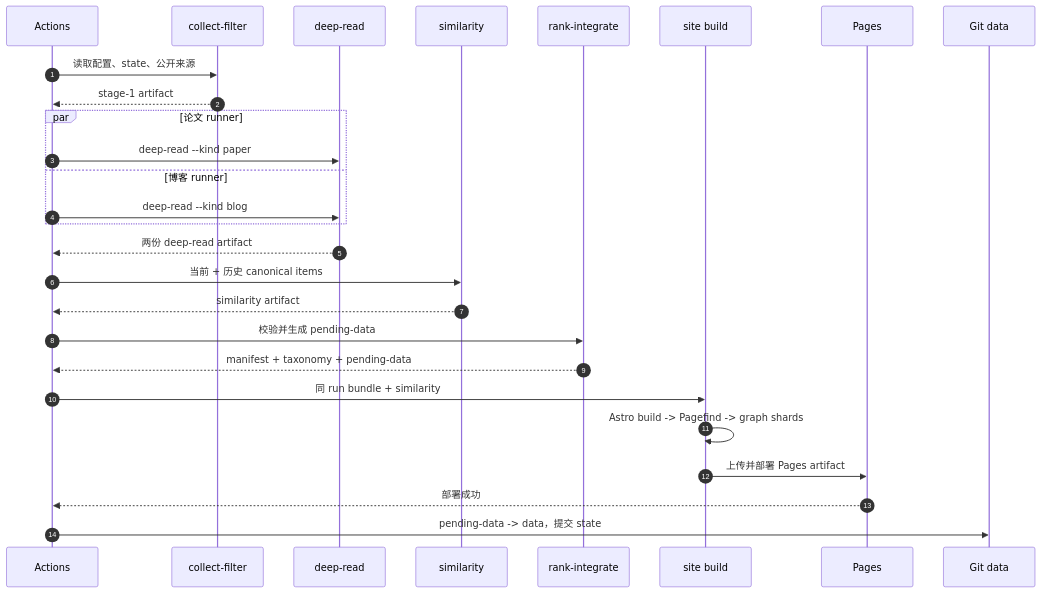
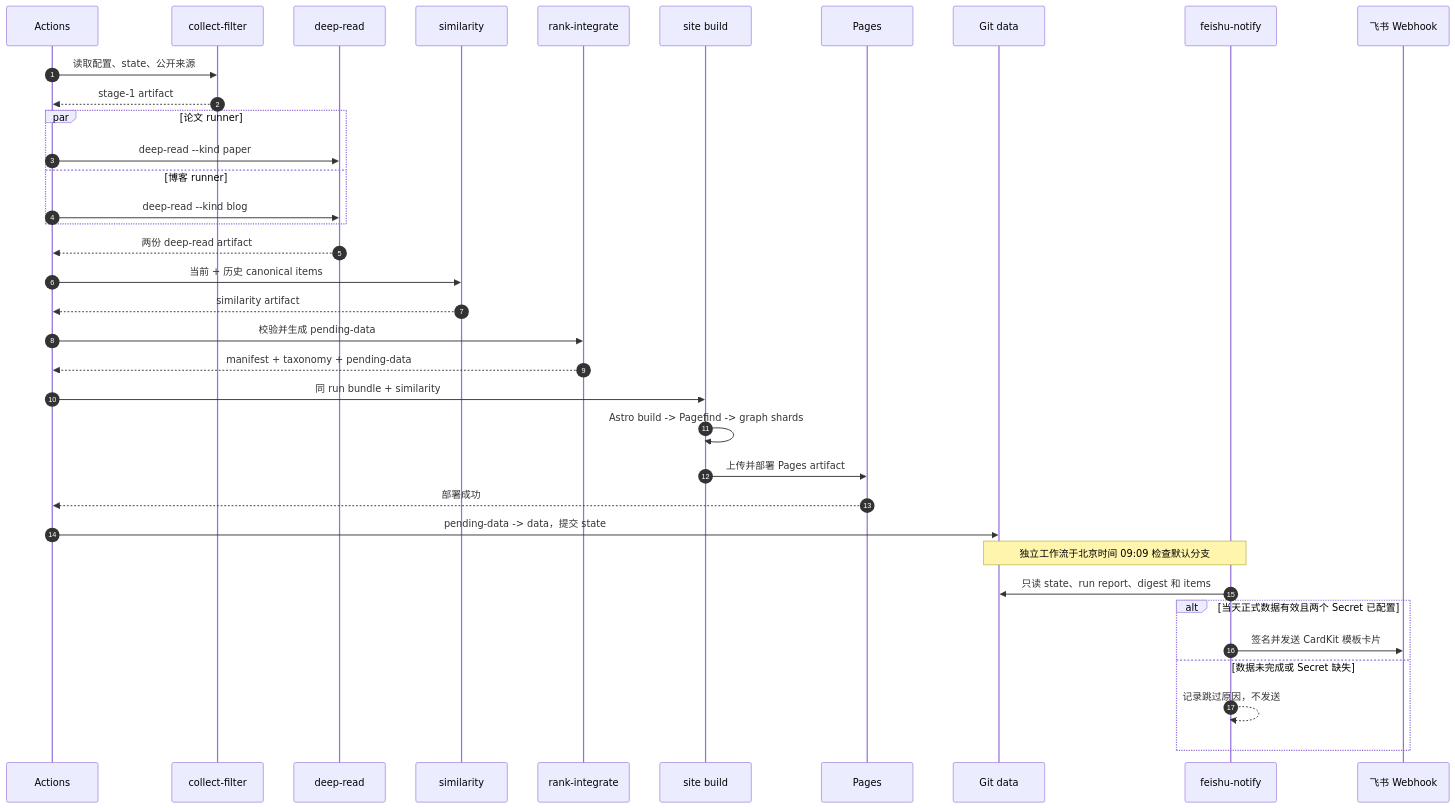
Before and after one commit to Bin-Zhang-hhht/rec-sys-daily: the second of 4 diagrams in docs/architecture.md, drawn with Mermaid. The commit also changed other lines of this file and 2 other files, not shown here.

Commit message:
docs: specify Feishu daily notifications

````diff
--- a/docs/architecture.md
+++ b/docs/architecture.md
@@ -45,30 +52,39 @@
 ```mermaid
 sequenceDiagram
     autonumber
     participant A as Actions
     participant C as collect-filter
     participant D as deep-read
     participant S as similarity
     participant R as rank-integrate
     participant W as site build
     participant P as Pages
     participant G as Git data
+    participant N as feishu-notify
+    participant F as 飞书 Webhook
 
     A->>C: 读取配置、state、公开来源
     C-->>A: stage-1 artifact
     par 论文 runner
         A->>D: deep-read --kind paper
     and 博客 runner
         A->>D: deep-read --kind blog
     end
     D-->>A: 两份 deep-read artifact
     A->>S: 当前 + 历史 canonical items
     S-->>A: similarity artifact
     A->>R: 校验并生成 pending-data
     R-->>A: manifest + taxonomy + pending-data
     A->>W: 同 run bundle + similarity
     W->>W: Astro build -> Pagefind -> graph shards
     W->>P: 上传并部署 Pages artifact
     P-->>A: 部署成功
     A->>G: pending-data -> data，提交 state
+    Note over N,G: 独立工作流于北京时间 09:09 检查默认分支
+    N->>G: 只读 state、run report、digest 和 items
+    alt 当天正式数据有效且两个 Secret 已配置
+        N->>F: 签名并发送 CardKit 模板卡片
+    else 数据未完成或 Secret 缺失
+        N-->>N: 记录跳过原因，不发送
+    end
 ```
````
